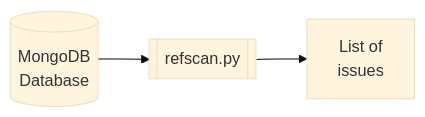
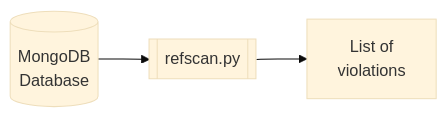
The diagram in README.md (eecavanna/refscan), drawn with Mermaid (base theme) before and after one commit. The commit also changed other lines of this file and 2 other files, not shown here.

Commit message:
Use the word "violations" instead of "issues"

````diff
--- a/README.md
+++ b/README.md
@@ -6,10 +6,10 @@
 ```mermaid
 %% This is the source code of a Mermaid diagram, which GitHub will render as a diagram.
 %% Note: PyPI does not render Mermaid diagrams, and instead displays their source code.
 %%       Reference: https://github.com/pypi/warehouse/issues/13083
 graph LR
     database[(MongoDB<br>Database)]
     script[["refscan.py"]]
-    result["List of<br>issues"]
+    result["List of<br>violations"]
     database --> script --> result
 ```
````
